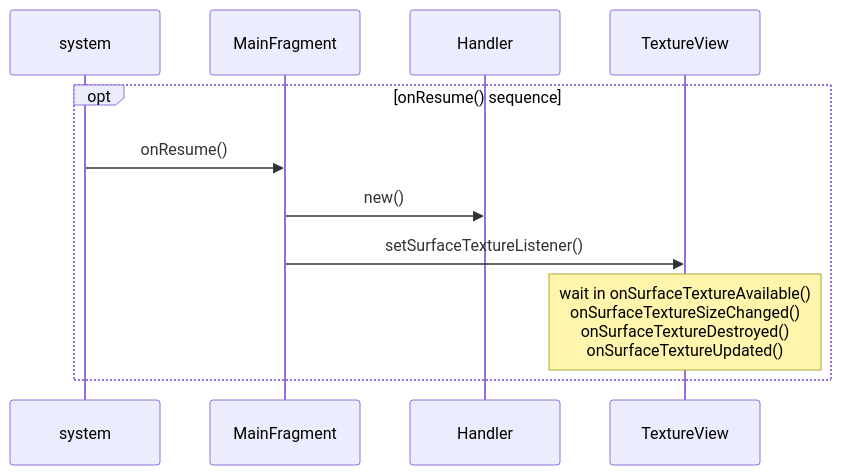
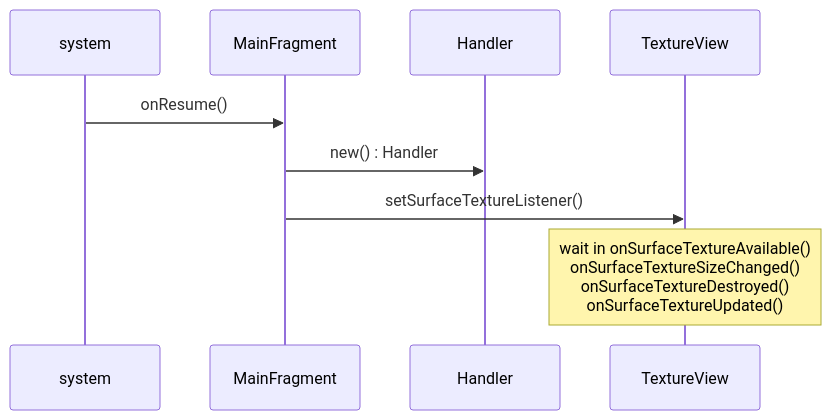
Before and after one commit to aaaa1597/And-OneShotCamera: the second of 5 diagrams in README.md, drawn with Mermaid. The commit also changed other lines of this file, not shown here.

````diff
--- a/README.md
+++ b/README.md
@@ -33,9 +35,7 @@
 ```mermaid
 sequenceDiagram
-opt onResume() sequence
-	system ->> MainFragment: onResume()
-	MainFragment ->> Handler: new()
-	MainFragment ->> TextureView: setSurfaceTextureListener()
-	Note over TextureView: wait in onSurfaceTextureAvailable()<br> onSurfaceTextureSizeChanged()<br> onSurfaceTextureDestroyed()<br> onSurfaceTextureUpdated()
-end
+system ->> MainFragment: onResume()
+MainFragment ->> Handler: new() : Handler
+MainFragment ->> TextureView: setSurfaceTextureListener()
+Note over TextureView: wait in onSurfaceTextureAvailable()<br> onSurfaceTextureSizeChanged()<br> onSurfaceTextureDestroyed()<br> onSurfaceTextureUpdated()
 ```
````
